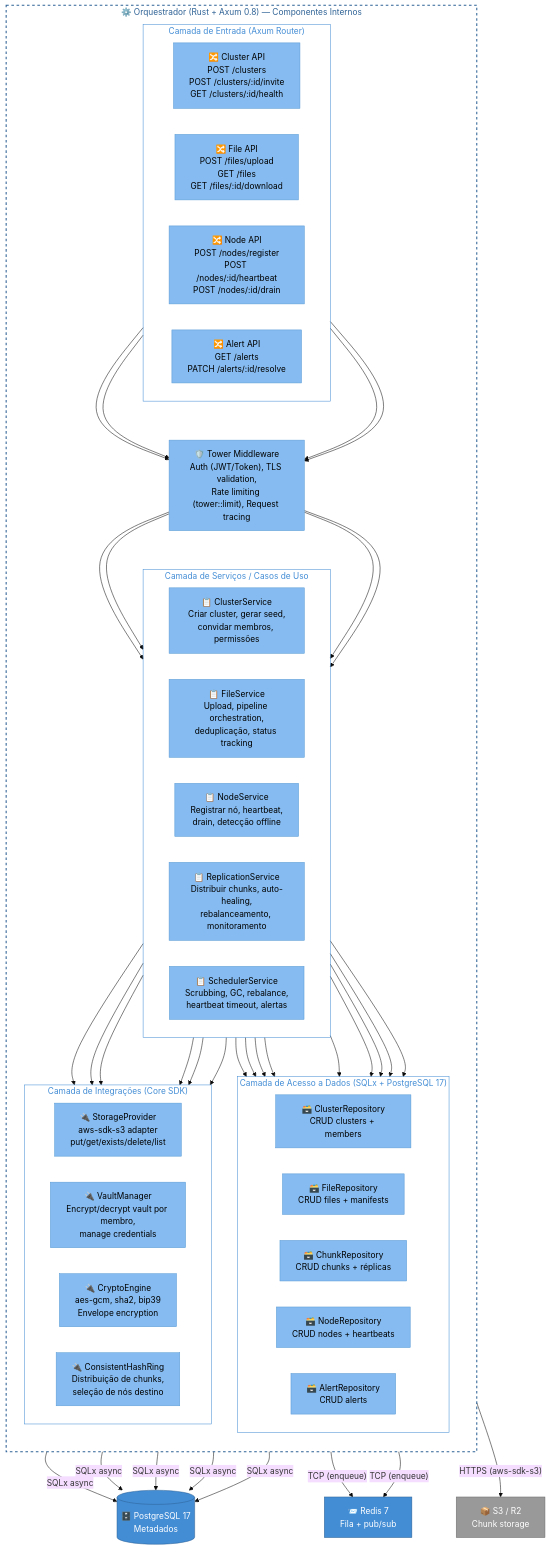
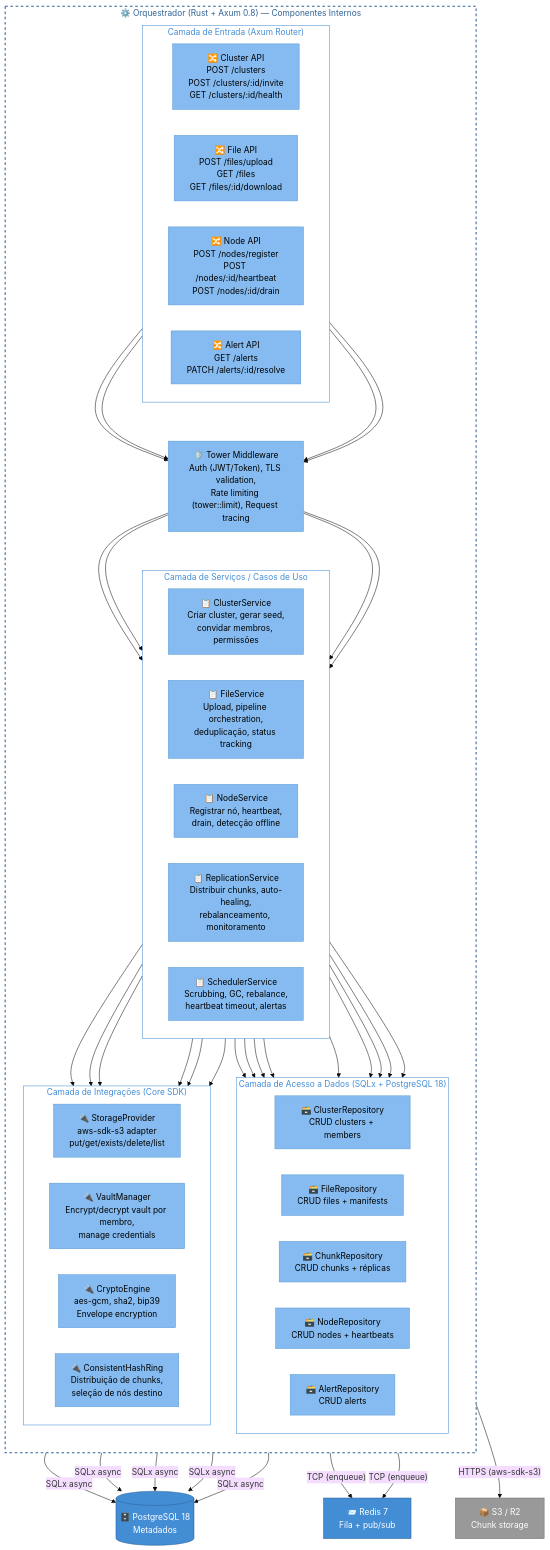
One commit to DouglasPrado/alexandria changed the diagram in docs/diagrams/components/api-components.mmd. Above: the diagram before and after it, drawn with Mermaid (base theme). The commit also changed 17 other files, not shown here.

```diff
--- a/docs/diagrams/components/api-components.mmd
+++ b/docs/diagrams/components/api-components.mmd
@@ -1,119 +1,119 @@
 %% C4 Nivel 3: Componentes Internos — Orquestrador Alexandria
 %% Referencia: docs/blueprint/06-system_architecture.md
 %% Stack: Rust + Axum 0.8 + SQLx + Tower middleware
 
 graph TB
     subgraph ContainerBoundary["⚙️ Orquestrador (Rust + Axum 0.8) — Componentes Internos"]
         direction TB
 
         subgraph EntryLayer["Camada de Entrada (Axum Router)"]
             direction LR
             ClusterRouter["🔀 Cluster API<br/>POST /clusters<br/>POST /clusters/:id/invite<br/>GET /clusters/:id/health"]
             FileRouter["🔀 File API<br/>POST /files/upload<br/>GET /files<br/>GET /files/:id/download"]
             NodeRouter["🔀 Node API<br/>POST /nodes/register<br/>POST /nodes/:id/heartbeat<br/>POST /nodes/:id/drain"]
             AlertRouter["🔀 Alert API<br/>GET /alerts<br/>PATCH /alerts/:id/resolve"]
         end
 
         Middleware["🛡️ Tower Middleware<br/>Auth (JWT/Token), TLS validation,<br/>Rate limiting (tower::limit), Request tracing"]
 
         subgraph ServiceLayer["Camada de Serviços / Casos de Uso"]
             direction LR
             ClusterService["📋 ClusterService<br/>Criar cluster, gerar seed,<br/>convidar membros, permissões"]
             FileService["📋 FileService<br/>Upload, pipeline orchestration,<br/>deduplicação, status tracking"]
             NodeService["📋 NodeService<br/>Registrar nó, heartbeat,<br/>drain, detecção offline"]
             ReplicationService["📋 ReplicationService<br/>Distribuir chunks, auto-healing,<br/>rebalanceamento, monitoramento"]
             SchedulerService["📋 SchedulerService<br/>Scrubbing, GC, rebalance,<br/>heartbeat timeout, alertas"]
         end
 
-        subgraph DataLayer["Camada de Acesso a Dados (SQLx + PostgreSQL 17)"]
+        subgraph DataLayer["Camada de Acesso a Dados (SQLx + PostgreSQL 18)"]
             direction LR
             ClusterRepo["🗃️ ClusterRepository<br/>CRUD clusters + members"]
             FileRepo["🗃️ FileRepository<br/>CRUD files + manifests"]
             ChunkRepo["🗃️ ChunkRepository<br/>CRUD chunks + réplicas"]
             NodeRepo["🗃️ NodeRepository<br/>CRUD nodes + heartbeats"]
             AlertRepo["🗃️ AlertRepository<br/>CRUD alerts"]
         end
 
         subgraph IntegrationLayer["Camada de Integrações (Core SDK)"]
             direction LR
             StorageClient["🔌 StorageProvider<br/>aws-sdk-s3 adapter<br/>put/get/exists/delete/list"]
             VaultClient["🔌 VaultManager<br/>Encrypt/decrypt vault por membro,<br/>manage credentials"]
             CryptoEngine["🔌 CryptoEngine<br/>aes-gcm, sha2, bip39<br/>Envelope encryption"]
             HashRing["🔌 ConsistentHashRing<br/>Distribuição de chunks,<br/>seleção de nós destino"]
         end
     end
 
     %% Dependências Externas
-    DB[("🗄️ PostgreSQL 17<br/>Metadados")]
+    DB[("🗄️ PostgreSQL 18<br/>Metadados")]
     RedisQ["📨 Redis 7<br/>Fila + pub/sub"]
     S3Ext["📦 S3 / R2<br/>Chunk storage"]
 
     %% Fluxo: Entrada → Middleware
     ClusterRouter --> Middleware
     FileRouter --> Middleware
     NodeRouter --> Middleware
     AlertRouter --> Middleware
 
     %% Fluxo: Middleware → Serviços
     Middleware --> ClusterService
     Middleware --> FileService
     Middleware --> NodeService
     Middleware --> ReplicationService
 
     %% Fluxo: Serviços → Repositórios
     ClusterService --> ClusterRepo
     FileService --> FileRepo
     FileService --> ChunkRepo
     NodeService --> NodeRepo
     ReplicationService --> ChunkRepo
     ReplicationService --> NodeRepo
     SchedulerService --> ChunkRepo
     SchedulerService --> NodeRepo
     SchedulerService --> AlertRepo
 
     %% Fluxo: Serviços → Integrações
     FileService --> CryptoEngine
     FileService --> HashRing
     ReplicationService --> StorageClient
     ReplicationService --> HashRing
     ClusterService --> VaultClient
     ClusterService --> CryptoEngine
 
     %% Conexões Externas
     ClusterRepo -->|"SQLx async"| DB
     FileRepo -->|"SQLx async"| DB
     ChunkRepo -->|"SQLx async"| DB
     NodeRepo -->|"SQLx async"| DB
     AlertRepo -->|"SQLx async"| DB
     FileService -->|"TCP (enqueue)"| RedisQ
     SchedulerService -->|"TCP (enqueue)"| RedisQ
     StorageClient -->|"HTTPS (aws-sdk-s3)"| S3Ext
 
     %% Estilos
     style ContainerBoundary fill:none,stroke:#2e6295,stroke-width:2px,stroke-dasharray:5 5,color:#2e6295
     style EntryLayer fill:none,stroke:#438dd5,stroke-width:1px,color:#438dd5
     style ServiceLayer fill:none,stroke:#438dd5,stroke-width:1px,color:#438dd5
     style DataLayer fill:none,stroke:#438dd5,stroke-width:1px,color:#438dd5
     style IntegrationLayer fill:none,stroke:#438dd5,stroke-width:1px,color:#438dd5
     style ClusterRouter fill:#85bbf0,stroke:#5a9bd5,color:#000
     style FileRouter fill:#85bbf0,stroke:#5a9bd5,color:#000
     style NodeRouter fill:#85bbf0,stroke:#5a9bd5,color:#000
     style AlertRouter fill:#85bbf0,stroke:#5a9bd5,color:#000
     style Middleware fill:#85bbf0,stroke:#5a9bd5,color:#000
     style ClusterService fill:#85bbf0,stroke:#5a9bd5,color:#000
     style FileService fill:#85bbf0,stroke:#5a9bd5,color:#000
     style NodeService fill:#85bbf0,stroke:#5a9bd5,color:#000
     style ReplicationService fill:#85bbf0,stroke:#5a9bd5,color:#000
     style SchedulerService fill:#85bbf0,stroke:#5a9bd5,color:#000
     style ClusterRepo fill:#85bbf0,stroke:#5a9bd5,color:#000
     style FileRepo fill:#85bbf0,stroke:#5a9bd5,color:#000
     style ChunkRepo fill:#85bbf0,stroke:#5a9bd5,color:#000
     style NodeRepo fill:#85bbf0,stroke:#5a9bd5,color:#000
     style AlertRepo fill:#85bbf0,stroke:#5a9bd5,color:#000
     style StorageClient fill:#85bbf0,stroke:#5a9bd5,color:#000
     style VaultClient fill:#85bbf0,stroke:#5a9bd5,color:#000
     style CryptoEngine fill:#85bbf0,stroke:#5a9bd5,color:#000
     style HashRing fill:#85bbf0,stroke:#5a9bd5,color:#000
     style DB fill:#438dd5,stroke:#2e6295,color:#fff
     style RedisQ fill:#438dd5,stroke:#2e6295,color:#fff
     style S3Ext fill:#999999,stroke:#6b6b6b,color:#fff
```
